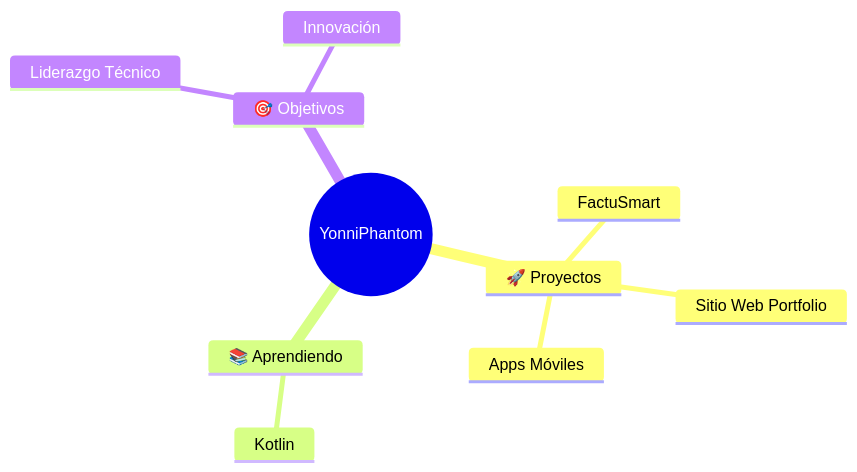
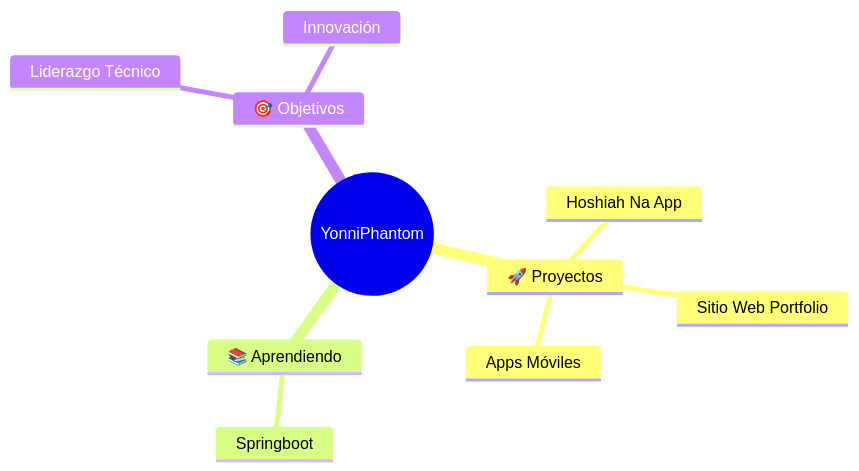
Before and after one commit to YonniPhantom/YonniPhantom: the diagram in README.md, drawn with Mermaid. The commit also changed other lines of this file, not shown here.

````diff
--- a/README.md
+++ b/README.md
@@ -127,13 +97,13 @@
 ```mermaid
 mindmap
   root((YonniPhantom))
     🚀 Proyectos
-      FactuSmart
+      Hoshiah Na App
       Sitio Web Portfolio
       Apps Móviles
     📚 Aprendiendo
-      Kotlin
+      Springboot
     🎯 Objetivos
       Liderazgo Técnico
       Innovación
 ```
````
